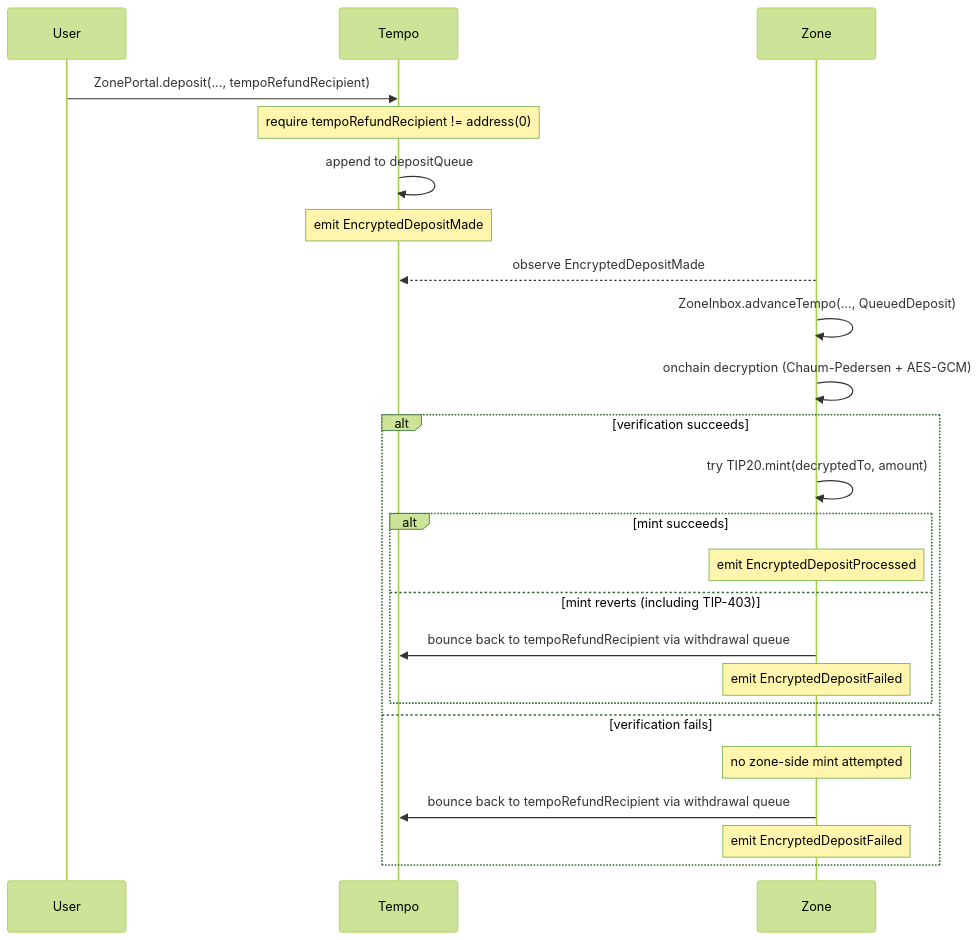
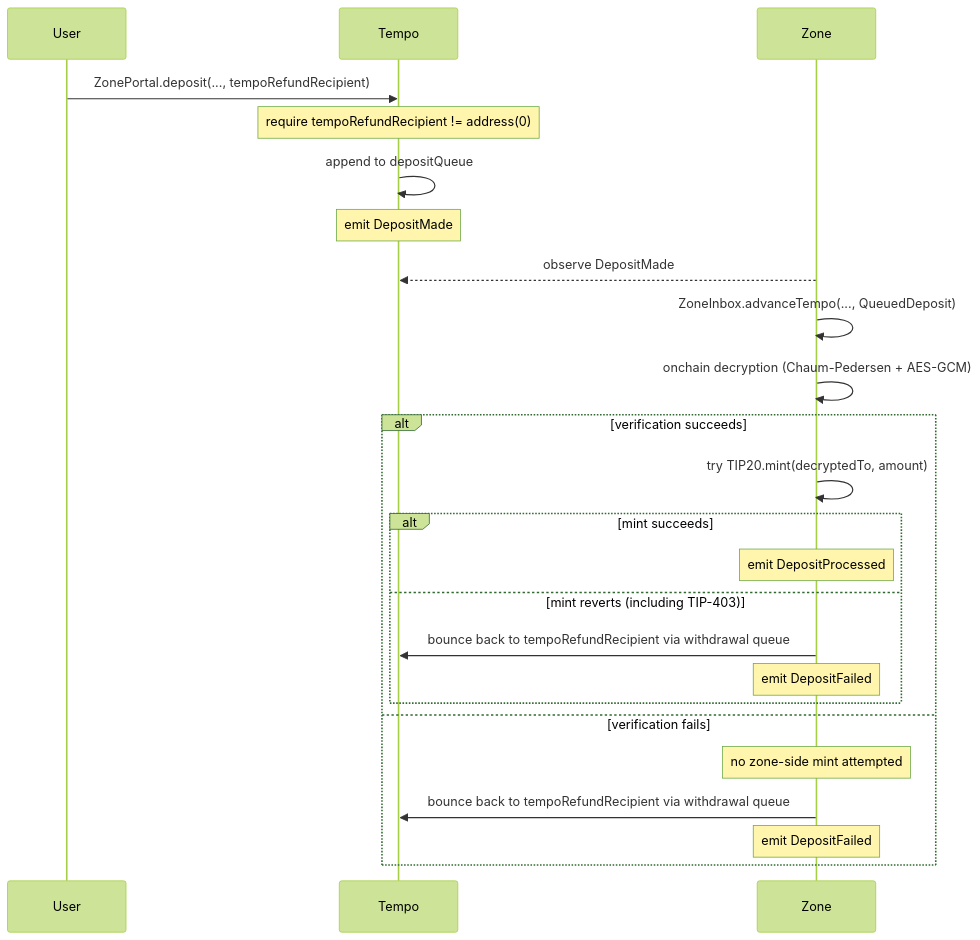
The second of 5 diagrams in specs/spec.md (tempoxyz/zones), drawn with Mermaid (forest theme) before and after one commit. The commit also changed other lines of this file and 54 other files, not shown here.

````diff
--- a/specs/spec.md
+++ b/specs/spec.md
@@ -461,27 +461,27 @@
 ```mermaid
 sequenceDiagram
     participant U as User
     participant T as Tempo
     participant Z as Zone
 
     U->>T: ZonePortal.deposit(..., tempoRefundRecipient)
     Note over T: require tempoRefundRecipient != address(0)
     T->>T: append to depositQueue
-    Note over T: emit EncryptedDepositMade
-    Z-->>T: observe EncryptedDepositMade
+    Note over T: emit DepositMade
+    Z-->>T: observe DepositMade
     Z->>Z: ZoneInbox.advanceTempo(..., QueuedDeposit)
     Z->>Z: onchain decryption (Chaum-Pedersen + AES-GCM)
     alt verification succeeds
         Z->>Z: try TIP20.mint(decryptedTo, amount)
         alt mint succeeds
-            Note over Z: emit EncryptedDepositProcessed
+            Note over Z: emit DepositProcessed
         else mint reverts (including TIP-403)
             Z->>T: bounce back to tempoRefundRecipient via withdrawal queue
-            Note over Z: emit EncryptedDepositFailed
+            Note over Z: emit DepositFailed
         end
     else verification fails
         Note over Z: no zone-side mint attempted
         Z->>T: bounce back to tempoRefundRecipient via withdrawal queue
-        Note over Z: emit EncryptedDepositFailed
+        Note over Z: emit DepositFailed
     end
 ```
````
